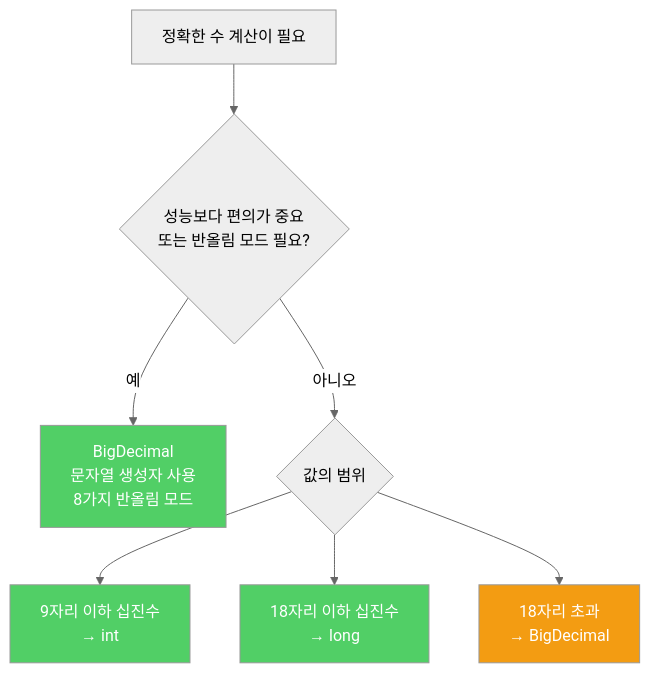
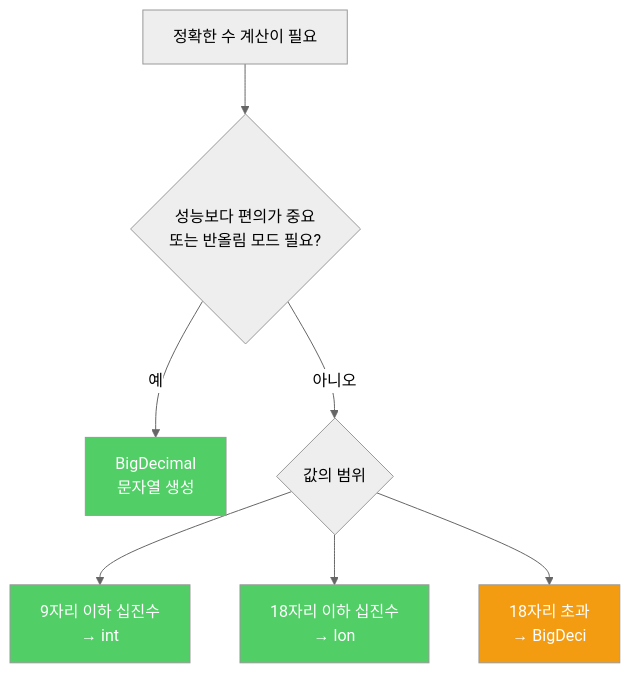
The diagram in _posts/java/2022-02-12-effective-java60.md (yjkim2015/yjkim2015.github.io), drawn with Mermaid (neutral theme) before and after one commit. The commit also changed 271 other files, not shown here.

First line of the commit message:
Mermaid 라벨 축소: 긴 노드 텍스트 18자 이하로 트림 + \n 제거

````diff
--- a/_posts/java/2022-02-12-effective-java60.md
+++ b/_posts/java/2022-02-12-effective-java60.md
@@ -95,13 +95,13 @@
 ```mermaid
 graph TD
     A["정확한 수 계산이 필요"] --> B{"성능보다 편의가 중요\n또는 반올림 모드 필요?"}
-    B -- 예 --> C["BigDecimal\n문자열 생성자 사용\n8가지 반올림 모드"]
+    B -- 예 --> C["BigDecimal\n문자열 생성"]
     B -- 아니오 --> D{"값의 범위"}
     D --> E["9자리 이하 십진수\n→ int"]
-    D --> F["18자리 이하 십진수\n→ long"]
-    D --> G["18자리 초과\n→ BigDecimal"]
+    D --> F["18자리 이하 십진수\n→ lon"]
+    D --> G["18자리 초과\n→ BigDeci"]
     style C fill:#51cf66,color:#fff
     style E fill:#51cf66,color:#fff
     style F fill:#51cf66,color:#fff
     style G fill:#f39c12,color:#fff
 ```
````
